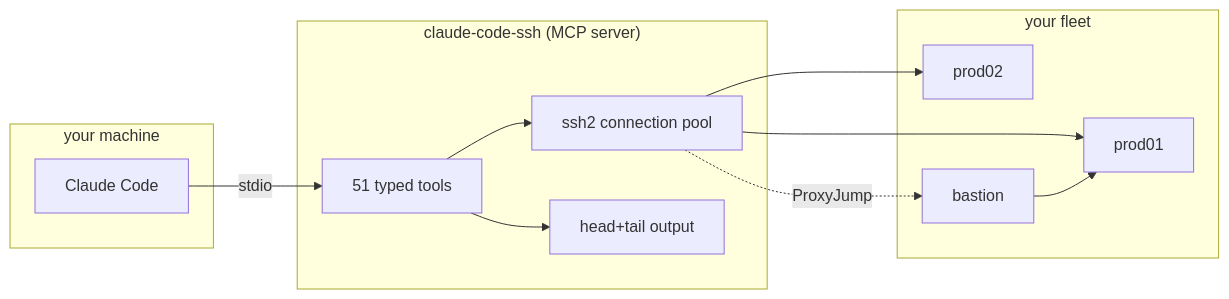
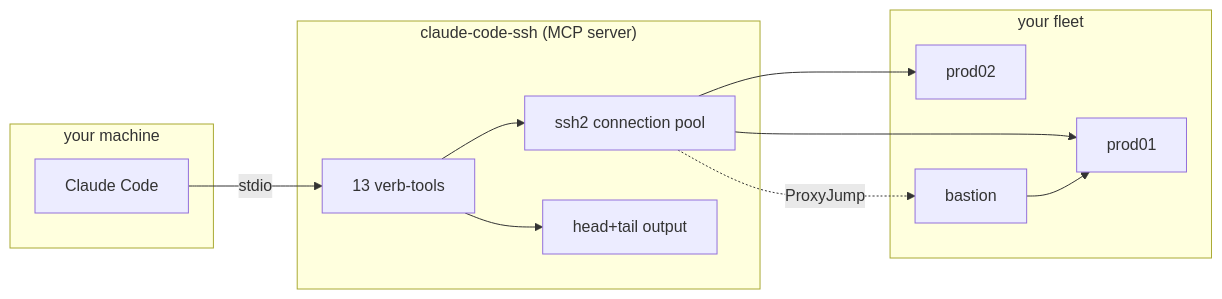
One commit to hunchom/claude-code-ssh changed the diagram in README.md. Above: the diagram before and after it, drawn with Mermaid. The commit also changed other lines of this file and 4 other files, not shown here.

````diff
--- a/README.md
+++ b/README.md
@@ -100,23 +100,23 @@
 ```mermaid
 flowchart LR
   subgraph client["your machine"]
     C[Claude Code]
   end
   subgraph mcp["claude-code-ssh (MCP server)"]
-    T[51 typed tools]
+    T[13 verb-tools]
     P[ssh2 connection pool]
     O[head+tail output]
     T --> P
     T --> O
   end
   subgraph fleet["your fleet"]
     H1[prod01]
     H2[prod02]
     B[bastion]
   end
   C -- stdio --> T
   P --> H1
   P --> H2
   P -. ProxyJump .-> B
   B --> H1
 ```
````
